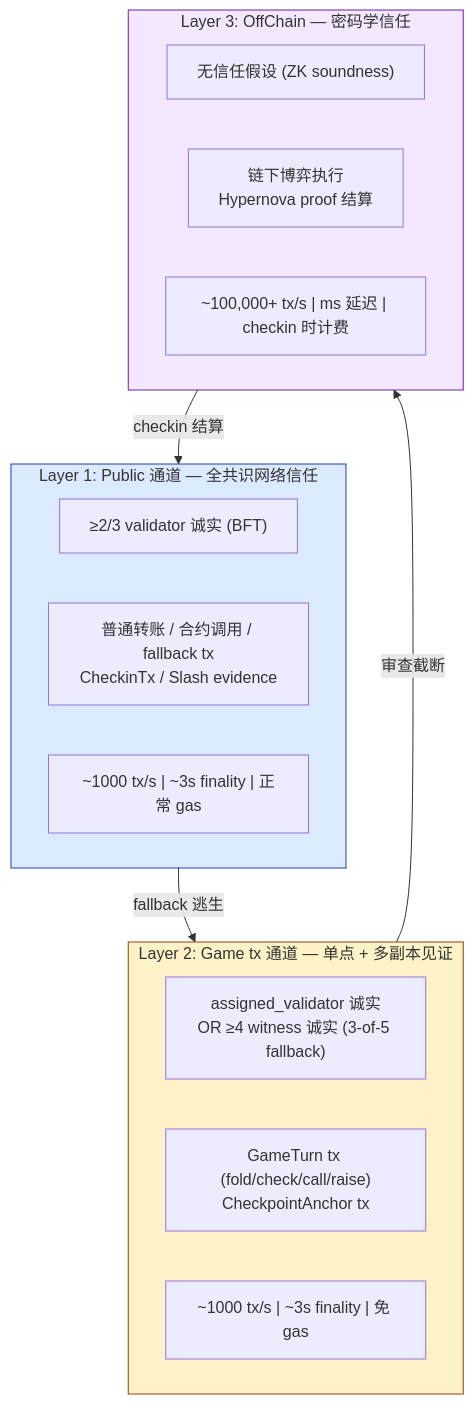
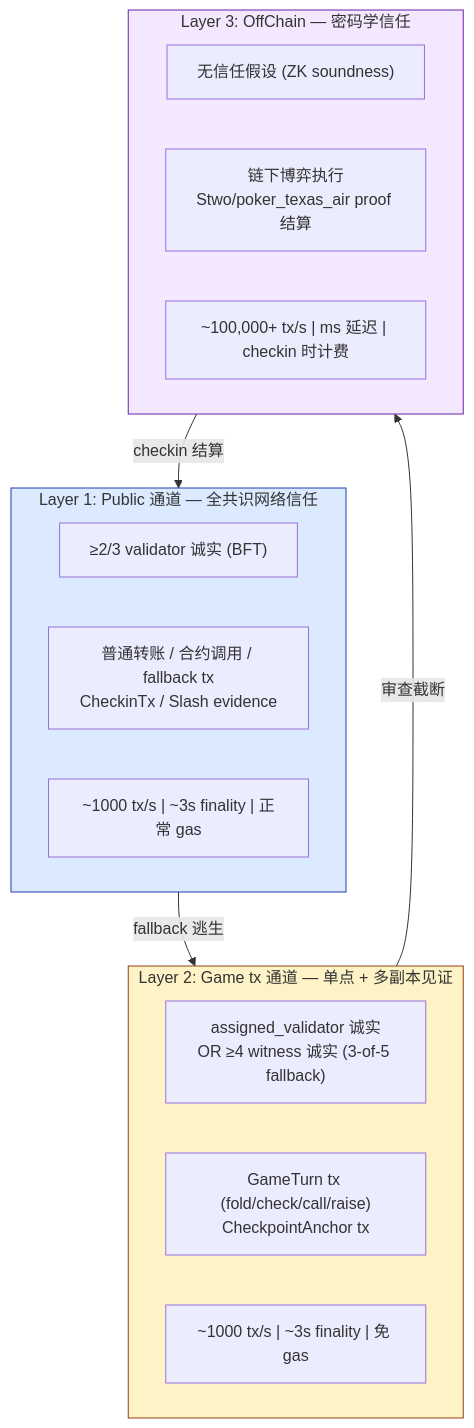
The fourth of 7 diagrams in docs/00-architecture-overview.md (linqining/zchain), drawn with Mermaid before and after one commit. The commit also changed other lines of this file and 21 other files, not shown here.

````diff
--- a/docs/00-architecture-overview.md
+++ b/docs/00-architecture-overview.md
@@ -231,31 +273,31 @@
 ```mermaid
 graph TB
     subgraph L1["Layer 1: Public 通道 — 全共识网络信任"]
         L1_TRUST["≥2/3 validator 诚实 (BFT)"]
         L1_TX["普通转账 / 合约调用 / fallback tx<br/>CheckinTx / Slash evidence"]
         L1_PERF["~1000 tx/s | ~3s finality | 正常 gas"]
     end
 
     subgraph L2["Layer 2: Game tx 通道 — 单点 + 多副本见证"]
         L2_TRUST["assigned_validator 诚实<br/>OR ≥4 witness 诚实 (3-of-5 fallback)"]
         L2_TX["GameTurn tx (fold/check/call/raise)<br/>CheckpointAnchor tx"]
         L2_PERF["~1000 tx/s | ~3s finality | 免 gas"]
     end
 
     subgraph L3["Layer 3: OffChain — 密码学信任"]
         L3_TRUST["无信任假设 (ZK soundness)"]
-        L3_TX["链下博弈执行<br/>Hypernova proof 结算"]
+        L3_TX["链下博弈执行<br/>Stwo/poker_texas_air proof 结算"]
         L3_PERF["~100,000+ tx/s | ms 延迟 | checkin 时计费"]
     end
 
     L1 -->|fallback 逃生| L2
     L2 -->|审查截断| L3
     L3 -->|checkin 结算| L1
 
     classDef l1 fill:#dbeafe,stroke:#1e40af
     classDef l2 fill:#fef3c7,stroke:#92400e
     classDef l3 fill:#f3e8ff,stroke:#6b21a8
     class L1 l1
     class L2 l2
     class L3 l3
 ```
````
